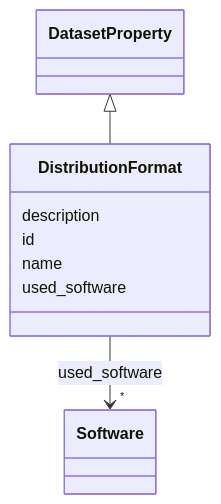
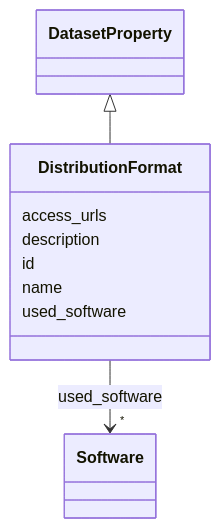
One commit to bridge2ai/data-sheets-schema changed the diagram in docs/DistributionFormat.md. Above: the diagram before and after it, drawn with Mermaid. The commit also changed other lines of this file and 682 other files, not shown here.

````diff
--- a/docs/DistributionFormat.md
+++ b/docs/DistributionFormat.md
@@ -20,26 +20,28 @@
 ```mermaid
  classDiagram
     class DistributionFormat
     click DistributionFormat href "../DistributionFormat/"
       DatasetProperty <|-- DistributionFormat
         click DatasetProperty href "../DatasetProperty/"
       
+      DistributionFormat : access_urls
+        
       DistributionFormat : description
         
       DistributionFormat : id
         
       DistributionFormat : name
         
       DistributionFormat : used_software
         
           
     
         
         
         DistributionFormat --> "*" Software : used_software
         click Software href "../Software/"
     
 
         
       
 ```
````
